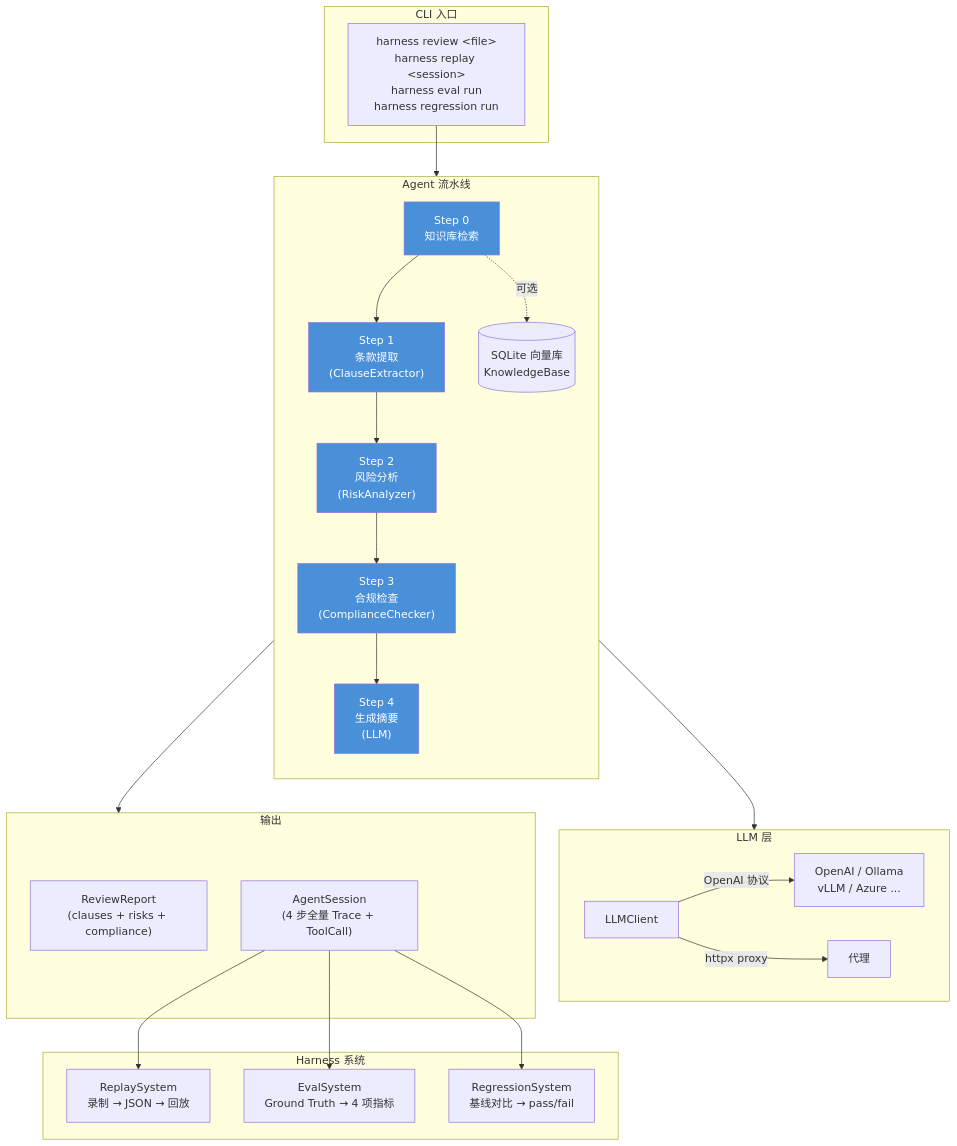
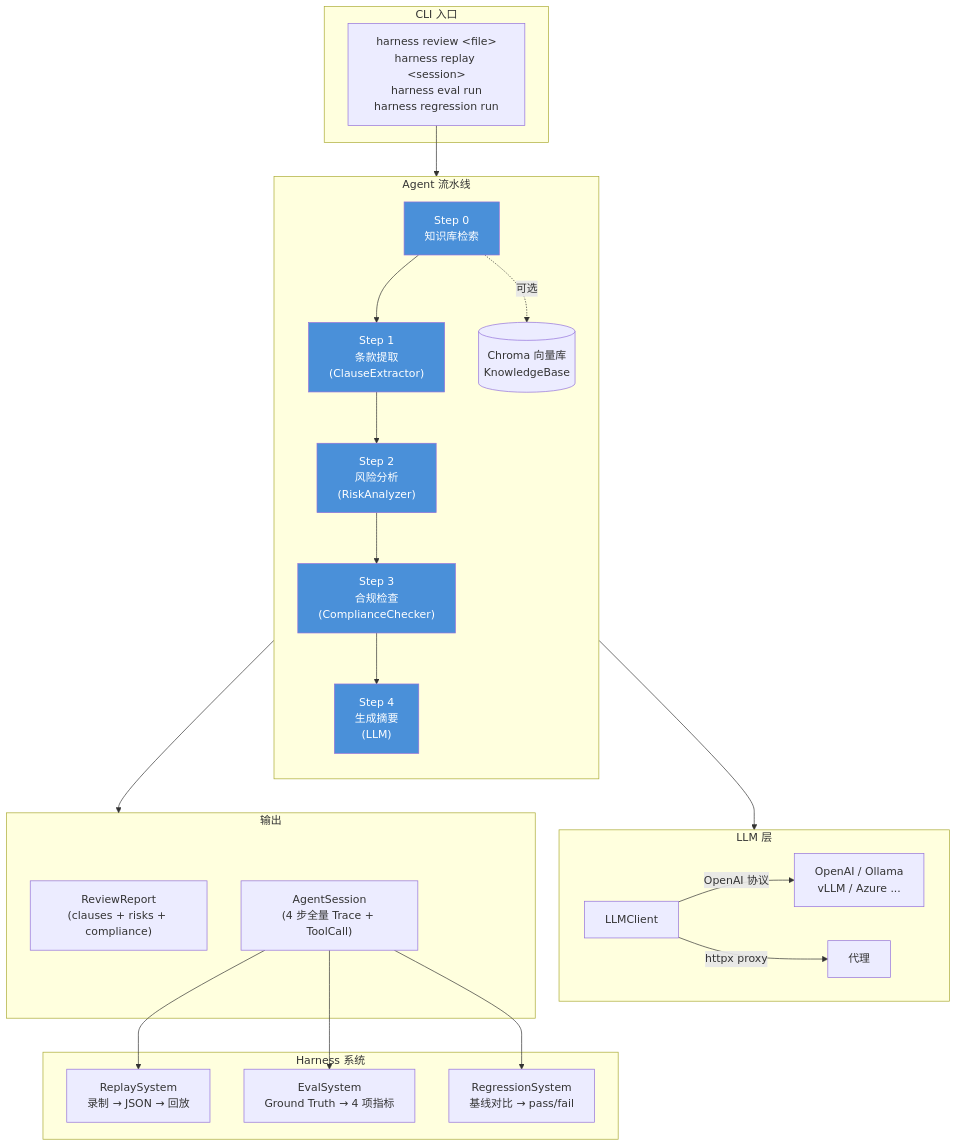
One commit to w1051868626/contract_harness changed the diagram in README.md. Above: the diagram before and after it, drawn with Mermaid. The commit also changed other lines of this file and 1 other file, not shown here.

Commit message:
同步更新 CLAUDE.md 和 README.md：SQLite → Chroma 向量存储

````diff
--- a/README.md
+++ b/README.md
@@ -97,40 +97,40 @@
 ```mermaid
 graph TB
     subgraph CLI["CLI 入口"]
         CMD["harness review &lt;file&gt;<br/>harness replay &lt;session&gt;<br/>harness eval run<br/>harness regression run"]
     end
 
     subgraph AGENT["Agent 流水线"]
         direction TB
         S0["Step 0<br/>知识库检索"]:::step --> S1["Step 1<br/>条款提取<br/>(ClauseExtractor)"]:::step
         S1 --> S2["Step 2<br/>风险分析<br/>(RiskAnalyzer)"]:::step
         S2 --> S3["Step 3<br/>合规检查<br/>(ComplianceChecker)"]:::step
         S3 --> S4["Step 4<br/>生成摘要<br/>(LLM)"]:::step
-        S0 -.->|可选| KB[("SQLite 向量库<br/>KnowledgeBase")]
+        S0 -.->|可选| KB[("Chroma 向量库<br/>KnowledgeBase")]
     end
 
     subgraph LLM["LLM 层"]
         LLMC["LLMClient"] -->|OpenAI 协议| APIS["OpenAI / Ollama<br/>vLLM / Azure ..."]
         LLMC -->|httpx proxy| PROXY["代理"]
     end
 
     subgraph OUTPUT["输出"]
         REPORT["ReviewReport<br/>(clauses + risks + compliance)"]
         SESSION["AgentSession<br/>(4 步全量 Trace + ToolCall)"]
     end
 
     subgraph HARNESS["Harness 系统"]
         REPLAY["ReplaySystem<br/>录制 → JSON → 回放"]
         EVAL["EvalSystem<br/>Ground Truth → 4 项指标"]
         REGR["RegressionSystem<br/>基线对比 → pass/fail"]
     end
 
     AGENT --> LLM
     AGENT --> OUTPUT
     SESSION --> REPLAY
     SESSION --> EVAL
     SESSION --> REGR
     CMD --> AGENT
 
     classDef step fill:#4a90d9,color:#fff
 ```
````
